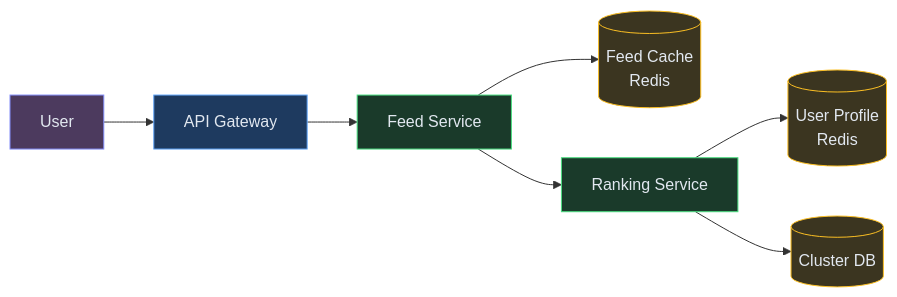
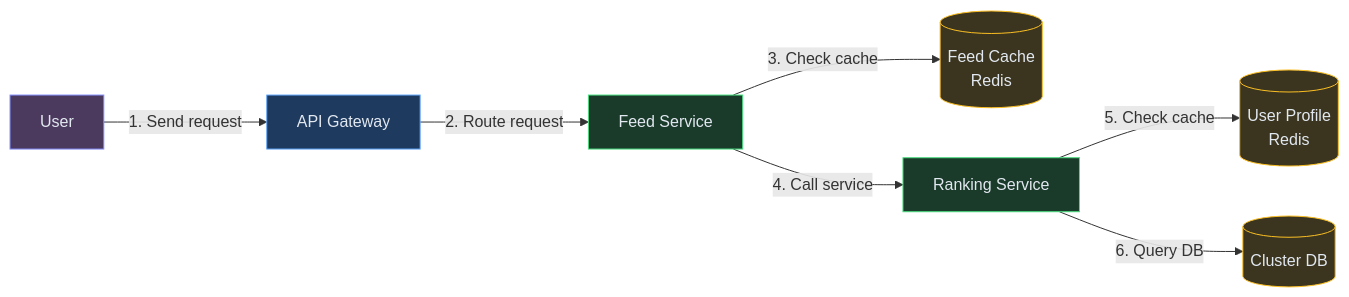
One commit to iluzn/HLD-Designs changed the fourth of 7 diagrams in content/hld/NewsAggregator.md. Above: the diagram before and after it, drawn with Mermaid. The commit also changed other lines of this file and 27 other files, not shown here.

````diff
--- a/content/hld/NewsAggregator.md
+++ b/content/hld/NewsAggregator.md
@@ -244,22 +244,22 @@
 ```mermaid
 flowchart LR
     USER["User"]:::client
     GW["API Gateway"]:::edge
     FEED["Feed Service"]:::service
     CACHE[("Feed Cache<br/>Redis")]:::data
     RANK["Ranking Service"]:::service
     PROFILE[("User Profile<br/>Redis")]:::data
     CLUSTERDB[("Cluster DB")]:::data
 
-    USER --> GW
-    GW --> FEED
-    FEED --> CACHE
-    FEED --> RANK
-    RANK --> PROFILE
-    RANK --> CLUSTERDB
+    USER -->|"1. Send request"| GW
+    GW -->|"2. Route request"| FEED
+    FEED -->|"3. Check cache"| CACHE
+    FEED -->|"4. Call service"| RANK
+    RANK -->|"5. Check cache"| PROFILE
+    RANK -->|"6. Query DB"| CLUSTERDB
 
     classDef client fill:#4c3a5e,stroke:#818cf8,color:#e2e8f0
     classDef edge fill:#1e3a5f,stroke:#60a5fa,color:#e2e8f0
     classDef service fill:#1a3a2a,stroke:#4ade80,color:#e2e8f0
     classDef data fill:#3b3520,stroke:#fbbf24,color:#e2e8f0
 ```
````
